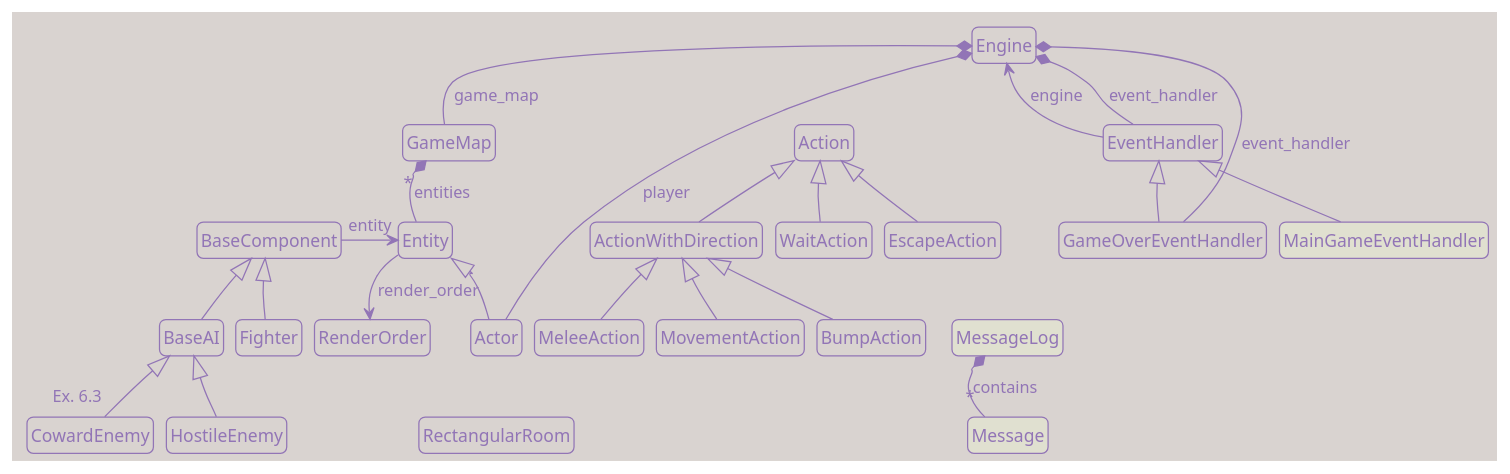
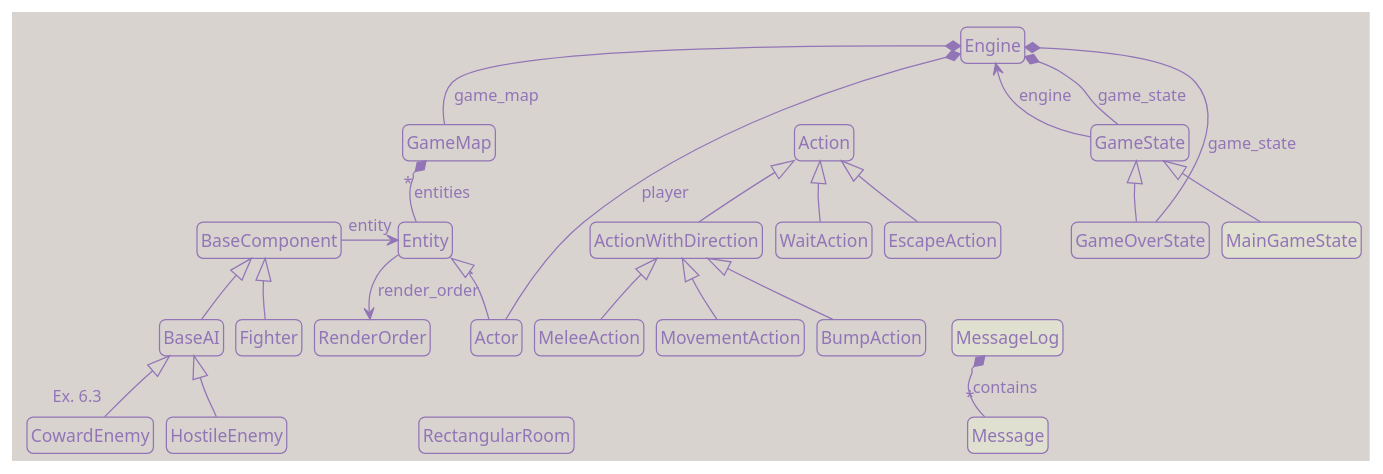
One commit to Darky-Lucera/roguelike-tutorials-website changed the diagram in content/tutorials/tcod/v3/uml/part7_classes.puml. Above: the diagram before and after it, drawn with PlantUML. The commit also changed 21 other files, not shown here.

```diff
--- a/content/tutorials/tcod/v3/uml/part7_classes.puml
+++ b/content/tutorials/tcod/v3/uml/part7_classes.puml
@@ -1,199 +1,199 @@
 @startuml classes
 
 !theme mimeograph
 
 ' top to bottom direction is the default, but keeping it makes the intent explicit.
 top to bottom direction
 
 ' hide fields      ' same as attributes
 ' hide attributes  ' same as fields
 ' hide methods
 ' hide members     ' fields + methods
 ' hide stereotype
 
 ' hide class XXX
 ' hide interface XXX
 ' hide enum XXX
 ' hide << SomeStereotype>> XXX ' hide Serializable members
 ' hide SomeClassName XXX
 ' hide private XXX
 ' hide protected XXX
 ' hide package XXX
 
 hide members
 
 hide circle
 
 'skinparam classAttributeIconSize 0
 'skinparam defaultFontName "Segoe UI"
 'skinparam classFontName "Segoe UI"
 'skinparam classFontSize 10
 'skinparam classAttributeFontSize 9
 'skinparam shadowing true
 skinparam roundcorner 10
 
 skinparam noteFontSize 10
 skinparam noteBorderThickness 1
 skinparam noteMargin 2
 skinparam notePadding 2
 
 skinparam nodesep 10
 skinparam ranksep 30
 
 set namespaceSeparator none
 
 '--------------------------------------
 ' Classes
 '--------------------------------------
 
 class "Action" as game.actions.Action {
 }
 
 class "ActionWithDirection" as game.actions.ActionWithDirection {
 }
 
 class "Actor" as game.entities.entity.Actor {
 }
 
 class "BaseAI" as game.entities.components.ai.BaseAI {
 }
 
 class "BaseComponent" as game.entities.components.base_component.BaseComponent {
 }
 
 class "BumpAction" as game.actions.BumpAction {
 }
 
 class "CowardEnemy" as game.entities.components.ai.CowardEnemy {
 }
 
 class "Engine" as game.engine.Engine {
 }
 
 class "Entity" as game.entities.entity.Entity {
 }
 
 class "EscapeAction" as game.actions.EscapeAction {
 }
 
-class "EventHandler" as game.input_handlers.EventHandler {
+class "GameState" as game.game_states.GameState {
 }
 
 class "Fighter" as game.entities.components.fighter.Fighter {
 }
 
 class "GameMap" as game.map.game_map.GameMap {
 }
 
-class "GameOverEventHandler" as game.input_handlers.GameOverEventHandler {
+class "GameOverState" as game.game_states.GameOverState {
 }
 
 class "HostileEnemy" as game.entities.components.ai.HostileEnemy {
 }
 
 class "MeleeAction" as game.actions.MeleeAction {
 }
 
 
-class "MainGameEventHandler" as game.input_handlers.MainGameEventHandler #e0e0d0 {
+class "MainGameState" as game.game_states.MainGameState #e0e0d0 {
 }
 
 class "Message" as game.message_log.Message #e0e0d0 {
 }
 
 class "MessageLog" as game.message_log.MessageLog #e0e0d0 {
 }
 
 class "MovementAction" as game.actions.MovementAction {
 }
 
 class "RectangularRoom" as game.map.map_generator.RectangularRoom {
 }
 
 class "RenderOrder" as game.entities.render_order.RenderOrder {
 }
 
 class "WaitAction" as game.actions.WaitAction {
 }
 
 '--------------------------------------
 ' Relations
 '--------------------------------------
 
 ' Inheritance: base class first, derived class second.
 game.actions.Action <|-- game.actions.ActionWithDirection
 game.actions.ActionWithDirection <|-- game.actions.BumpAction
 game.actions.Action <|-- game.actions.EscapeAction
 game.actions.ActionWithDirection <|-- game.actions.MeleeAction
 game.actions.ActionWithDirection <|-- game.actions.MovementAction
 game.actions.Action <|-- game.actions.WaitAction
 
 game.entities.components.base_component.BaseComponent <|-- game.entities.components.ai.BaseAI
 game.entities.components.ai.BaseAI <|-- "Ex. 6.3" game.entities.components.ai.CowardEnemy
 game.entities.components.ai.BaseAI <|-- game.entities.components.ai.HostileEnemy
 game.entities.components.base_component.BaseComponent <|-- game.entities.components.fighter.Fighter
 game.entities.entity.Entity <|-- game.entities.entity.Actor
 
-game.input_handlers.EventHandler <|-- game.input_handlers.GameOverEventHandler
-game.input_handlers.EventHandler <|-- game.input_handlers.MainGameEventHandler
+game.game_states.GameState <|-- game.game_states.GameOverState
+game.game_states.GameState <|-- game.game_states.MainGameState
 
 ' Ownership / references / associations.
 game.entities.components.base_component.BaseComponent --> game.entities.entity.Entity : entity
 game.map.game_map.GameMap " * " *-- game.entities.entity.Entity : entities
-game.engine.Engine *-- game.input_handlers.EventHandler : event_handler
-game.engine.Engine *-- game.input_handlers.GameOverEventHandler : event_handler
-game.input_handlers.EventHandler --> game.engine.Engine : engine
+game.engine.Engine *-- game.game_states.GameState : game_state
+game.engine.Engine *-- game.game_states.GameOverState : game_state
+game.game_states.GameState --> game.engine.Engine : engine
 game.engine.Engine *-- game.entities.entity.Actor : player
 game.entities.entity.Entity --> game.entities.render_order.RenderOrder : render_order
 game.engine.Engine *-- game.map.game_map.GameMap : game_map
 
 ' MessageLog contains many Message objects and creates them.
 game.message_log.MessageLog *-- "*" game.message_log.Message : contains
 
 '--------------------------------------
 ' Layout hints
 '--------------------------------------
 
 ' Engine should sit above the main runtime objects.
 game.engine.Engine -[hidden]down- game.map.game_map.GameMap
-game.engine.Engine -[hidden]down- game.input_handlers.EventHandler
+game.engine.Engine -[hidden]down- game.game_states.GameState
 game.engine.Engine -[hidden]down- game.actions.Action
 game.engine.Engine -[hidden]down- game.message_log.MessageLog
 
 ' GameMap should be above Entity. Entity and BaseComponent should be roughly aligned.
 game.map.game_map.GameMap -[hidden]down- game.entities.entity.Entity
 game.map.game_map.GameMap -[hidden]down- game.entities.components.base_component.BaseComponent
 game.entities.entity.Entity -[hidden]right- game.entities.components.base_component.BaseComponent
 
 ' Actor must be below Entity.
 game.entities.entity.Entity -[hidden]down- game.entities.entity.Actor
 
 ' RenderOrder is a value used by Entity, so keep it below/near Entity.
 game.entities.entity.Entity -[hidden]down- game.entities.render_order.RenderOrder
 
 ' Inheritance trees: keep base classes above derived classes.
 game.actions.Action -[hidden]down- game.actions.ActionWithDirection
 game.actions.Action -[hidden]down- game.actions.WaitAction
 game.actions.Action -[hidden]down- game.actions.EscapeAction
 
 game.actions.ActionWithDirection -[hidden]down- game.actions.BumpAction
 game.actions.ActionWithDirection -[hidden]down- game.actions.MeleeAction
 game.actions.ActionWithDirection -[hidden]down- game.actions.MovementAction
 
-game.input_handlers.EventHandler -[hidden]down- game.input_handlers.GameOverEventHandler
-game.input_handlers.EventHandler -[hidden]down- game.input_handlers.MainGameEventHandler
+game.game_states.GameState -[hidden]down- game.game_states.GameOverState
+game.game_states.GameState -[hidden]down- game.game_states.MainGameState
 
 game.entities.components.base_component.BaseComponent -[hidden]down- game.entities.components.fighter.Fighter
 game.entities.components.base_component.BaseComponent -[hidden]down- game.entities.components.ai.BaseAI
 
 game.entities.components.ai.BaseAI -[hidden]down- game.entities.components.ai.CowardEnemy
 game.entities.components.ai.BaseAI -[hidden]down- game.entities.components.ai.HostileEnemy
 
 ' MessageLog should be above the messages
 game.message_log.MessageLog -[hidden]down- game.message_log.Message
 game.actions.EscapeAction -[hidden]down- game.message_log.MessageLog
 
 ' Keep map-generation classes below
 game.entities.entity.Actor -[hidden]down- game.map.map_generator.RectangularRoom
 
 @enduml
```
